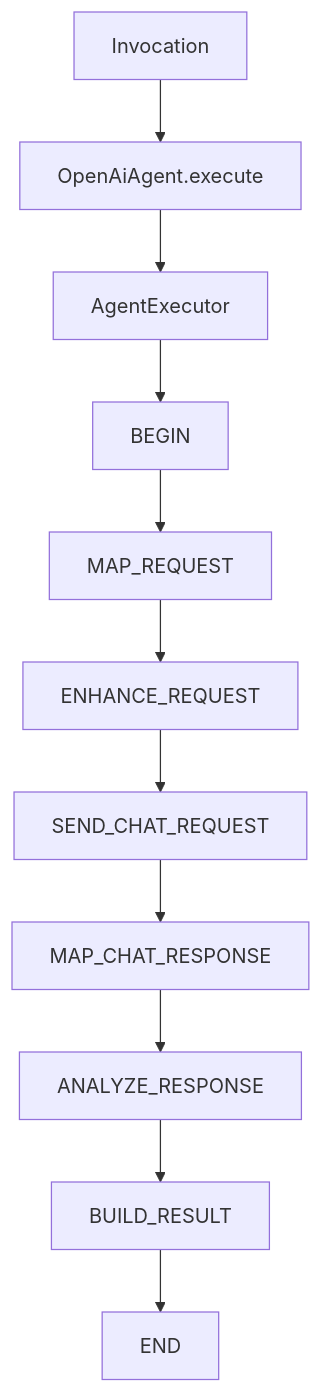
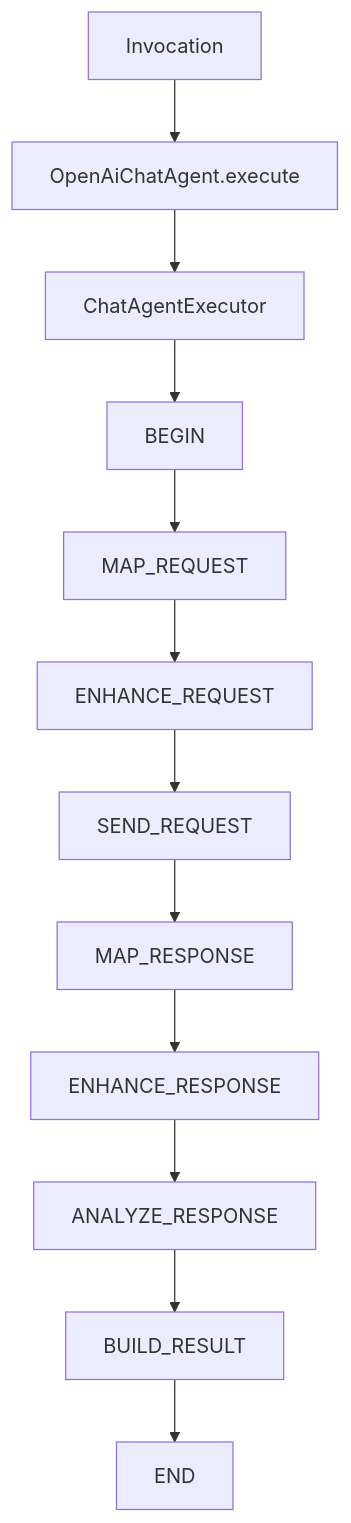
Before and after one commit to Halcyonsong/liteagent-template: the first of 2 diagrams in liteagent-provider-openai-agent/README.md, drawn with Mermaid. The commit also changed other lines of this file and 40 other files, not shown here.

````diff
--- a/liteagent-provider-openai-agent/README.md
+++ b/liteagent-provider-openai-agent/README.md
@@ -26,13 +37,14 @@
 ```mermaid
 flowchart TD
-    A1[Invocation] --> A2[OpenAiAgent.execute]
-    A2 --> A3[AgentExecutor]
+    A1[Invocation] --> A2[OpenAiChatAgent.execute]
+    A2 --> A3[ChatAgentExecutor]
     A3 --> A4[BEGIN]
     A4 --> A5[MAP_REQUEST]
     A5 --> A6[ENHANCE_REQUEST]
-    A6 --> A7[SEND_CHAT_REQUEST]
-    A7 --> A8[MAP_CHAT_RESPONSE]
-    A8 --> A9[ANALYZE_RESPONSE]
-    A9 --> A10[BUILD_RESULT]
-    A10 --> A11[END]
+    A6 --> A7[SEND_REQUEST]
+    A7 --> A8[MAP_RESPONSE]
+    A8 --> A9[ENHANCE_RESPONSE]
+    A9 --> A10[ANALYZE_RESPONSE]
+    A10 --> A11[BUILD_RESULT]
+    A11 --> A12[END]
 ```
````
